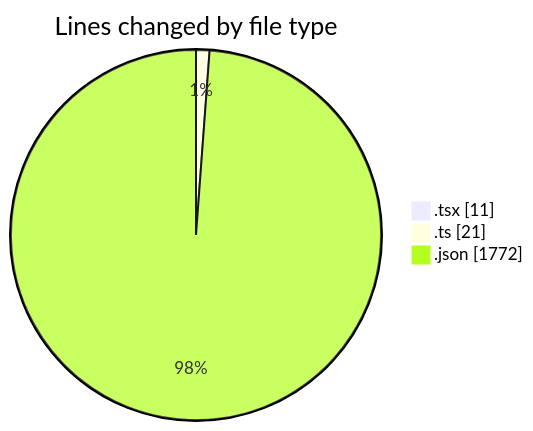
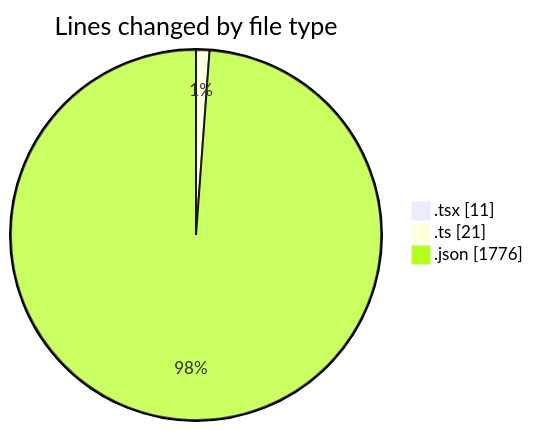
One commit to EIIisD/code-tracking changed the first of 2 diagrams in 2025-07-29/ani/README.md. Above: the diagram before and after it, drawn with Mermaid. The commit also changed other lines of this file and 1 other file, not shown here.

````diff
--- a/2025-07-29/ani/README.md
+++ b/2025-07-29/ani/README.md
@@ -22,7 +22,7 @@
 ```mermaid
 pie showData
 title Lines changed by file type
 ".tsx" : 11
 ".ts" : 21
-".json" : 1772
+".json" : 1776
 ```
````
